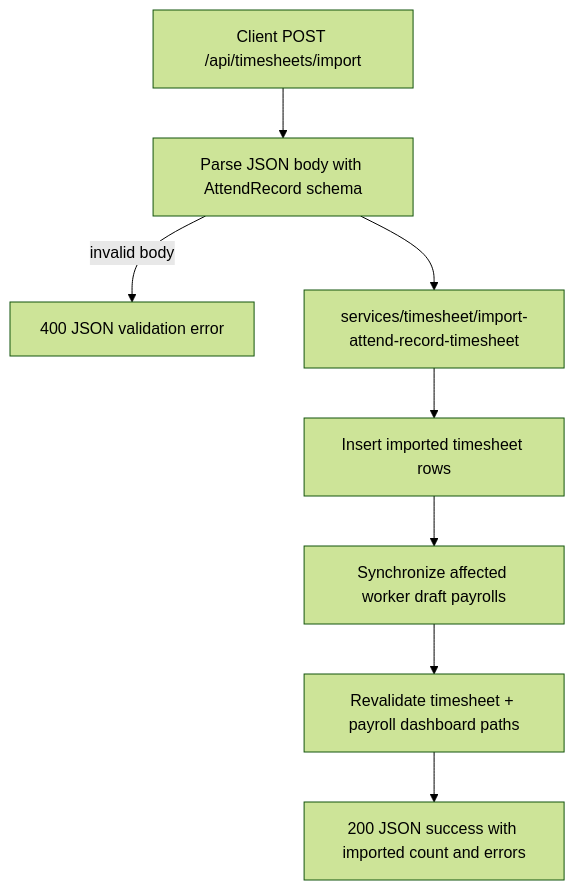
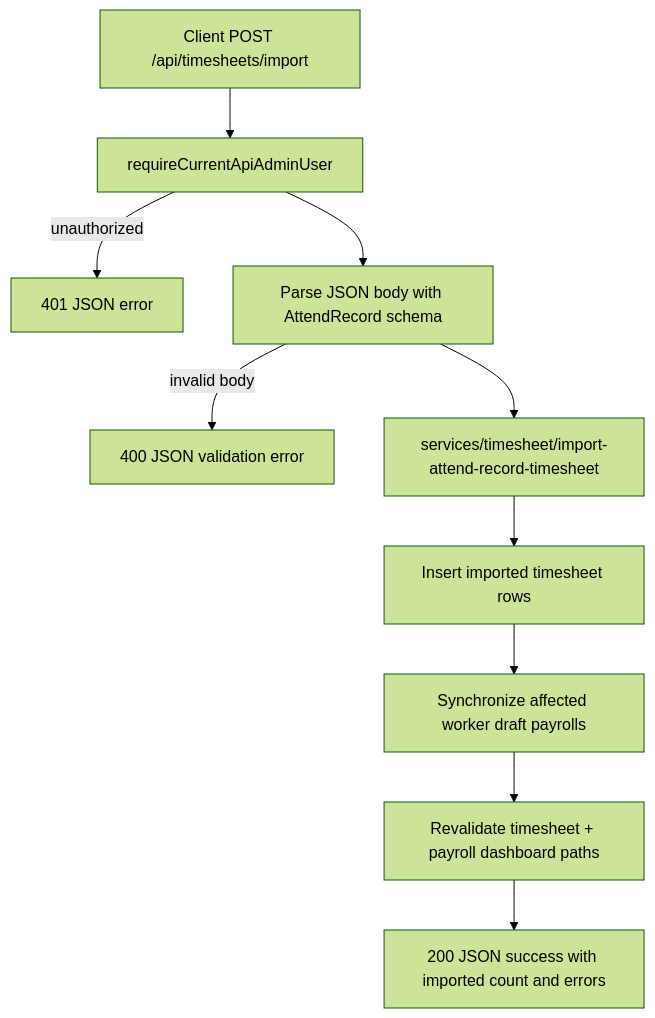
The fourth of 5 diagrams in .codex/docs/api-workflows.md (daniellim922/One-Laundry-Project-Alpha-v1), drawn with Mermaid (forest theme) before and after one commit. The commit also changed other lines of this file and 3 other files, not shown here.

````diff
--- a/.codex/docs/api-workflows.md
+++ b/.codex/docs/api-workflows.md
@@ -68,10 +75,12 @@
 ```mermaid
 flowchart TD
-    A[Client POST /api/timesheets/import] --> C[Parse JSON body with AttendRecord schema]
+    A[Client POST /api/timesheets/import] --> B[requireCurrentApiAdminUser]
+    B -->|unauthorized| X[401 JSON error]
+    B --> C[Parse JSON body with AttendRecord schema]
     C -->|invalid body| D[400 JSON validation error]
     C --> E[services/timesheet/import-attend-record-timesheet]
     E --> F[Insert imported timesheet rows]
     F --> G[Synchronize affected worker draft payrolls]
     G --> H[Revalidate timesheet + payroll dashboard paths]
     H --> I[200 JSON success with imported count and errors]
 ```
````
